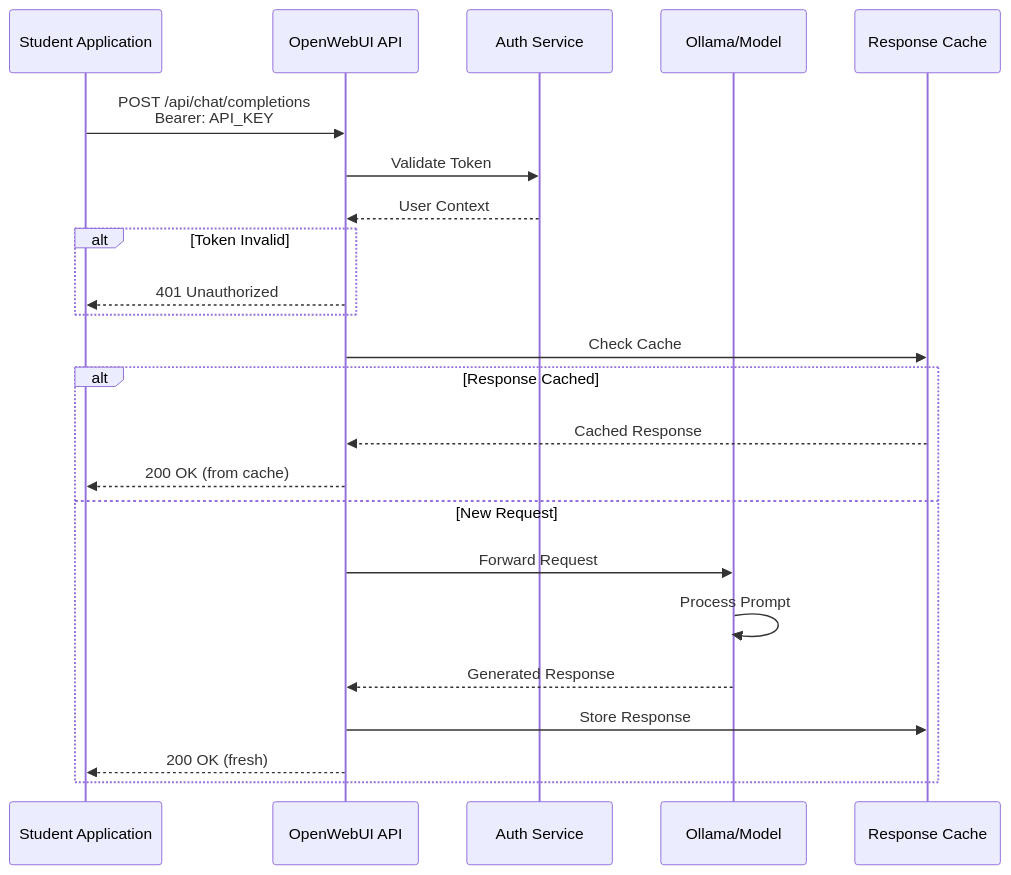
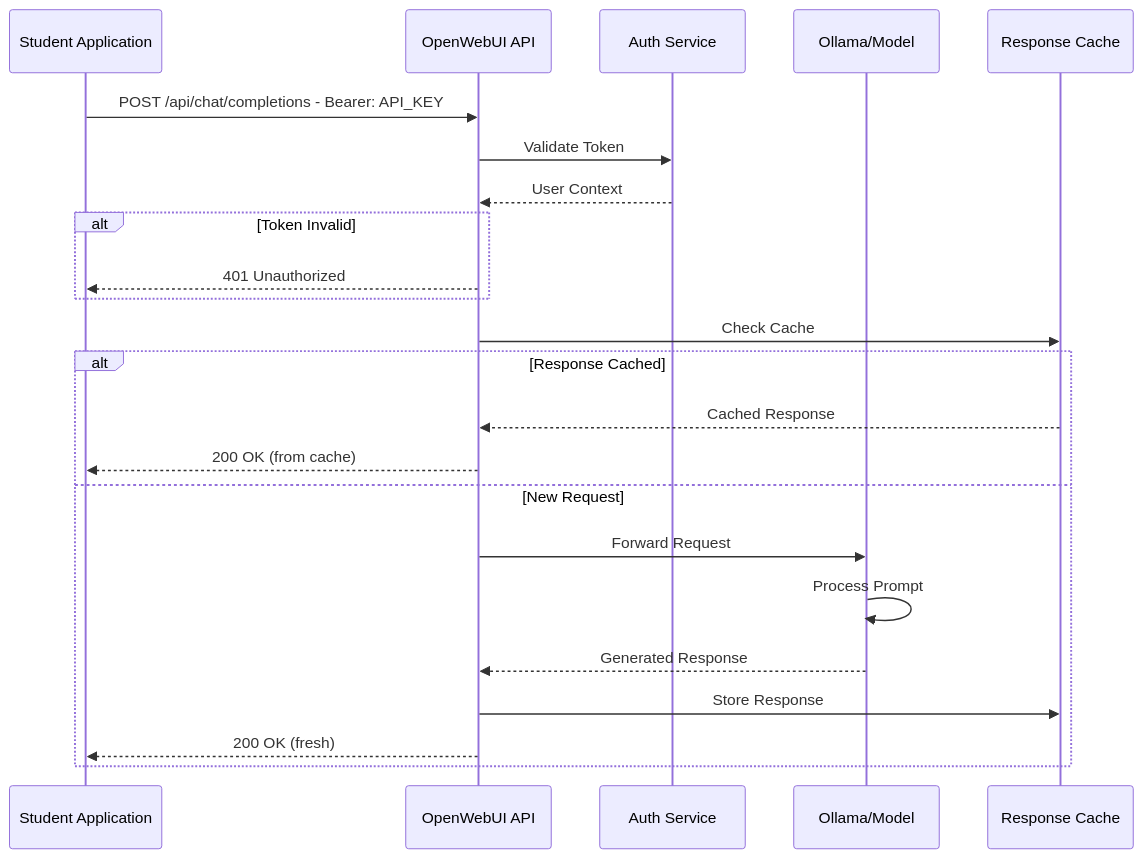
The sixth of 14 diagrams in docs/access.md (ndg8743/hydra-saml-auth), drawn with Mermaid before and after one commit. The commit also changed other lines of this file, not shown here.

````diff
--- a/docs/access.md
+++ b/docs/access.md
@@ -544,28 +1786,28 @@
 ```mermaid
 sequenceDiagram
     participant App as Student Application
     participant API as OpenWebUI API
     participant Auth as Auth Service
     participant Model as Ollama/Model
     participant Cache as Response Cache
     
-    App->>API: POST /api/chat/completions<br/>Bearer: API_KEY
+    App->>API: POST /api/chat/completions - Bearer: API_KEY
     API->>Auth: Validate Token
     Auth-->>API: User Context
     
     alt Token Invalid
         API-->>App: 401 Unauthorized
     end
     
     API->>Cache: Check Cache
     alt Response Cached
         Cache-->>API: Cached Response
         API-->>App: 200 OK (from cache)
     else New Request
         API->>Model: Forward Request
         Model->>Model: Process Prompt
         Model-->>API: Generated Response
         API->>Cache: Store Response
         API-->>App: 200 OK (fresh)
     end
 ```
````
